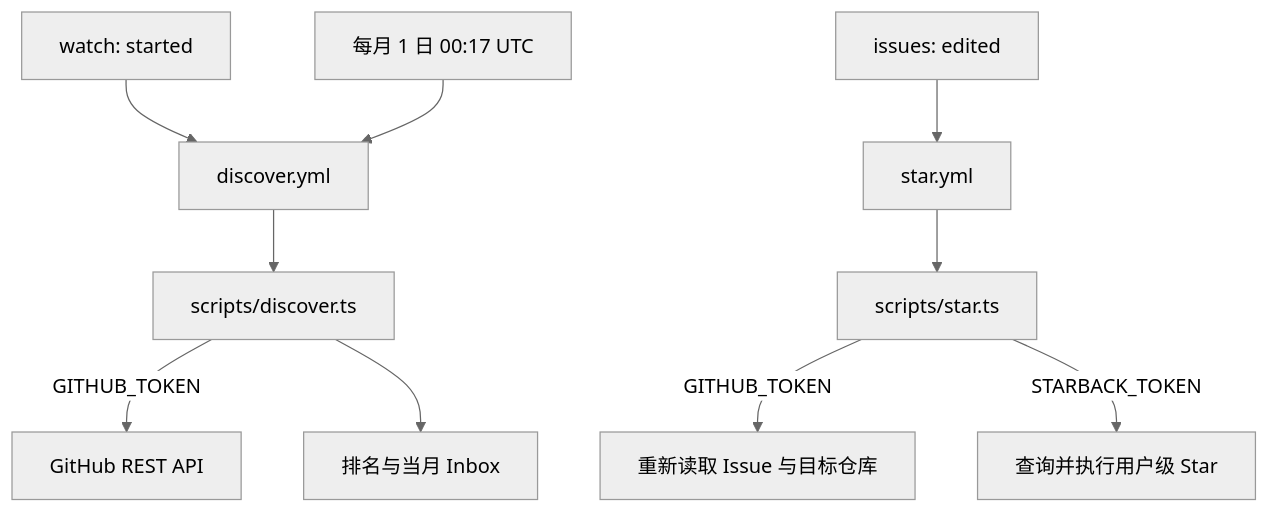
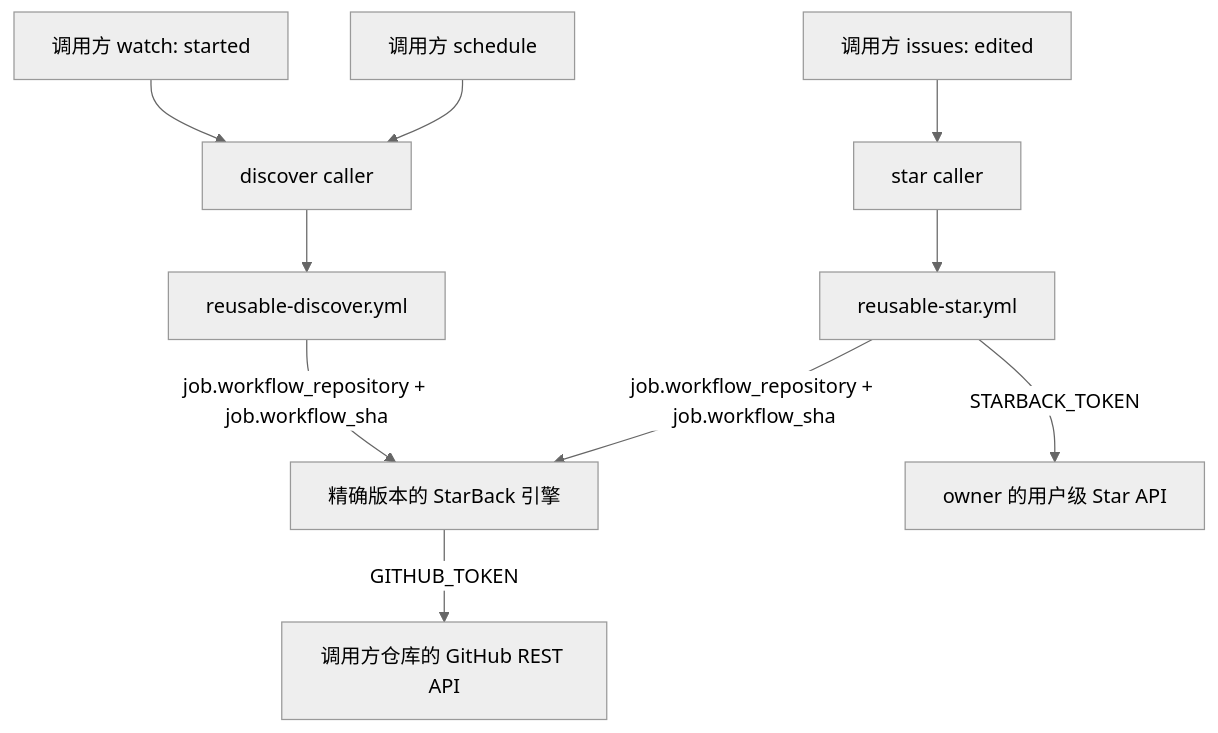
One commit to fly233338/StarBack changed the diagram in README.md. Above: the diagram before and after it, drawn with Mermaid (neutral theme). The commit also changed other lines of this file and 6 other files, not shown here.

Commit message:
feat: publish reusable workflows and dogfood StarBack

````diff
--- a/README.md
+++ b/README.md
@@ -11,12 +13,12 @@
 ```mermaid
 flowchart TD
-    W[watch: started] --> D[discover.yml]
-    S[每月 1 日 00:17 UTC] --> D
-    D --> DS[scripts/discover.ts]
-    DS -->|GITHUB_TOKEN| API[GitHub REST API]
-    DS --> R[排名与当月 Inbox]
-    E[issues: edited] --> J[star.yml]
-    J --> ST[scripts/star.ts]
-    ST -->|GITHUB_TOKEN| I[重新读取 Issue 与目标仓库]
-    ST -->|STARBACK_TOKEN| U[查询并执行用户级 Star]
+    W[调用方 watch: started] --> C1[discover caller]
+    S[调用方 schedule] --> C1
+    E[调用方 issues: edited] --> C2[star caller]
+    C1 --> R1[reusable-discover.yml]
+    C2 --> R2[reusable-star.yml]
+    R1 -->|job.workflow_repository + job.workflow_sha| ENG[精确版本的 StarBack 引擎]
+    R2 -->|job.workflow_repository + job.workflow_sha| ENG
+    ENG -->|GITHUB_TOKEN| API[调用方仓库的 GitHub REST API]
+    R2 -->|STARBACK_TOKEN| STAR[owner 的用户级 Star API]
 ```
````
